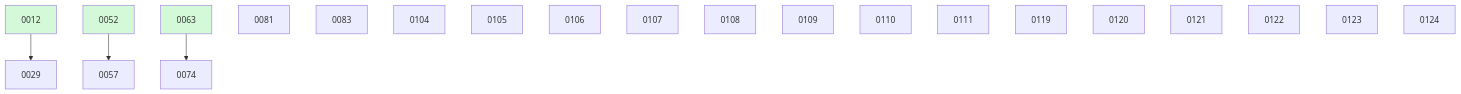
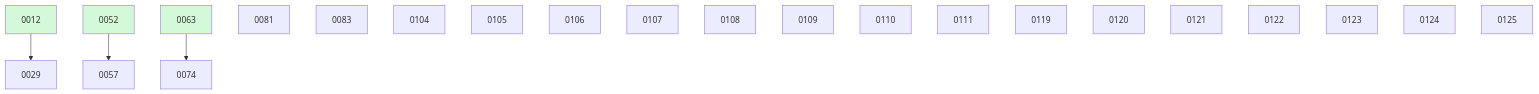
The diagram in docs/changes/BOARD.md (ethanhinson/fuse), drawn with Mermaid before and after one commit. The commit also changed other lines of this file and 1 other file, not shown here.

````diff
--- a/docs/changes/BOARD.md
+++ b/docs/changes/BOARD.md
@@ -39,26 +40,27 @@
 ```mermaid
 graph TD
   0012 --> 0029
   0052 --> 0057
   0063 --> 0074
   0081
   0083
   0104
   0105
   0106
   0107
   0108
   0109
   0110
   0111
   0119
   0120
   0121
   0122
   0123
   0124
+  0125
   0012:::done
   0052:::done
   0063:::done
   classDef done fill:#d3f9d8;
 ```
````
